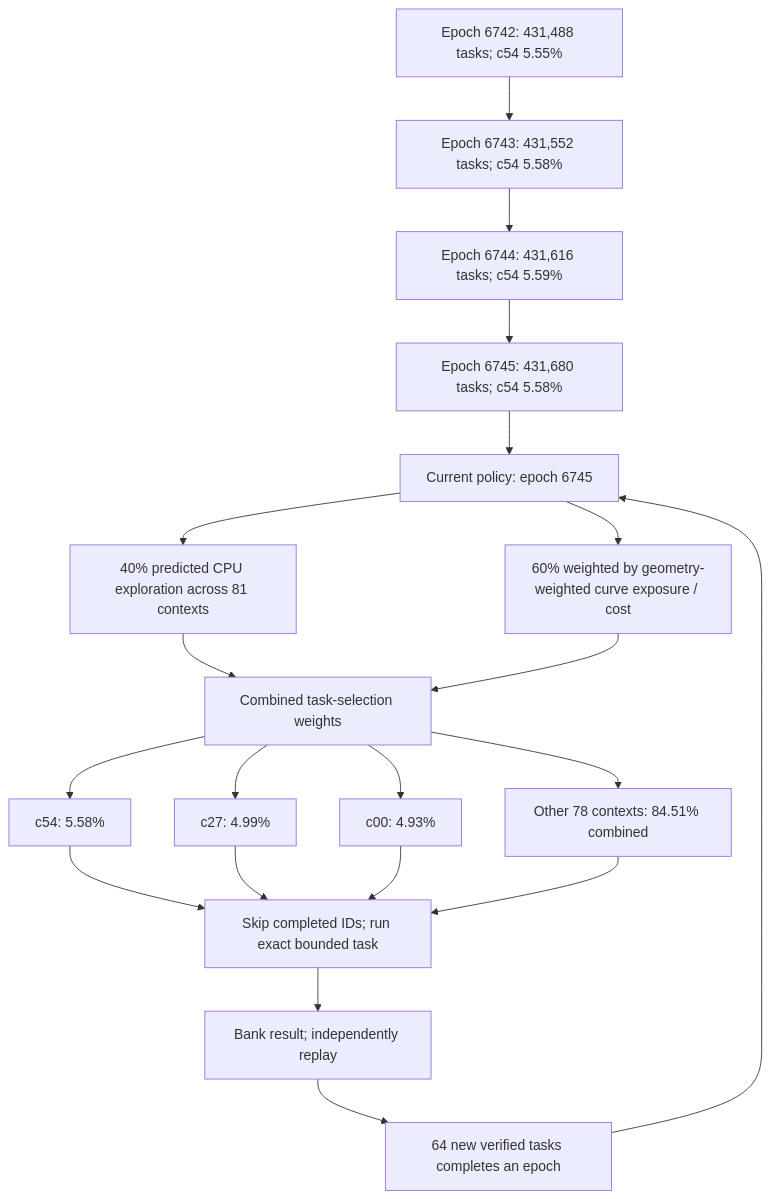
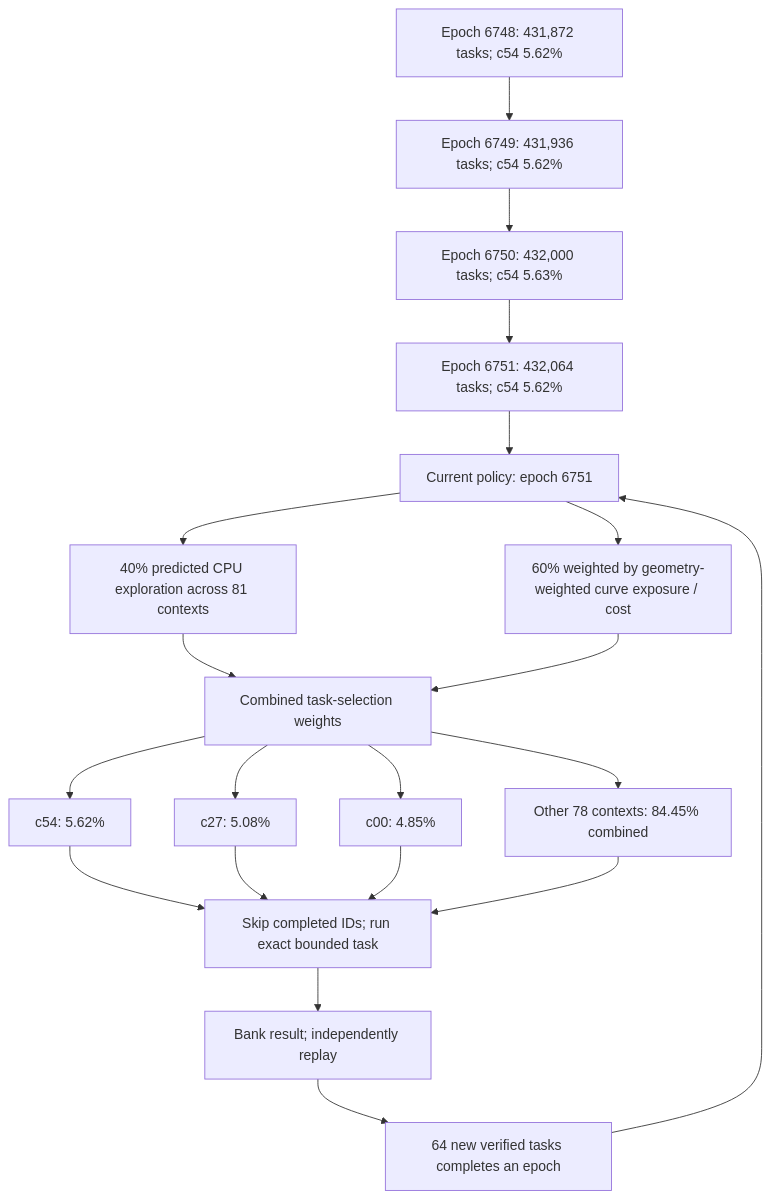
One commit to Kuberwastaken/math-gambling changed the first of 4 diagrams in README.md. Above: the diagram before and after it, drawn with Mermaid. The commit also changed other lines of this file and 1394 other files, not shown here.

````diff
--- a/README.md
+++ b/README.md
@@ -60,27 +60,27 @@
 ```mermaid
 flowchart TD
-    H0["Epoch 6742: 431,488 tasks; c54 5.55%"]
-    H1["Epoch 6743: 431,552 tasks; c54 5.58%"]
+    H0["Epoch 6748: 431,872 tasks; c54 5.62%"]
+    H1["Epoch 6749: 431,936 tasks; c54 5.62%"]
     H0 --> H1
-    H2["Epoch 6744: 431,616 tasks; c54 5.59%"]
+    H2["Epoch 6750: 432,000 tasks; c54 5.63%"]
     H1 --> H2
-    H3["Epoch 6745: 431,680 tasks; c54 5.58%"]
+    H3["Epoch 6751: 432,064 tasks; c54 5.62%"]
     H2 --> H3
-    Policy["Current policy: epoch 6745"]
+    Policy["Current policy: epoch 6751"]
     H3 --> Policy
     Policy --> Explore["40% predicted CPU exploration across 81 contexts"]
     Policy --> Cost["60% weighted by geometry-weighted curve exposure / cost"]
     Explore --> Mix["Combined task-selection weights"]
     Cost --> Mix
-    Mix --> C0["c54: 5.58%"]
-    Mix --> C1["c27: 4.99%"]
-    Mix --> C2["c00: 4.93%"]
-    Mix --> Rest["Other 78 contexts: 84.51% combined"]
+    Mix --> C0["c54: 5.62%"]
+    Mix --> C1["c27: 5.08%"]
+    Mix --> C2["c00: 4.85%"]
+    Mix --> Rest["Other 78 contexts: 84.45% combined"]
     C0 --> Check["Skip completed IDs; run exact bounded task"]
     C1 --> Check
     C2 --> Check
     Rest --> Check
     Check --> Replay["Bank result; independently replay"]
     Replay --> Gate["64 new verified tasks completes an epoch"]
     Gate --> Policy
 ```
````
